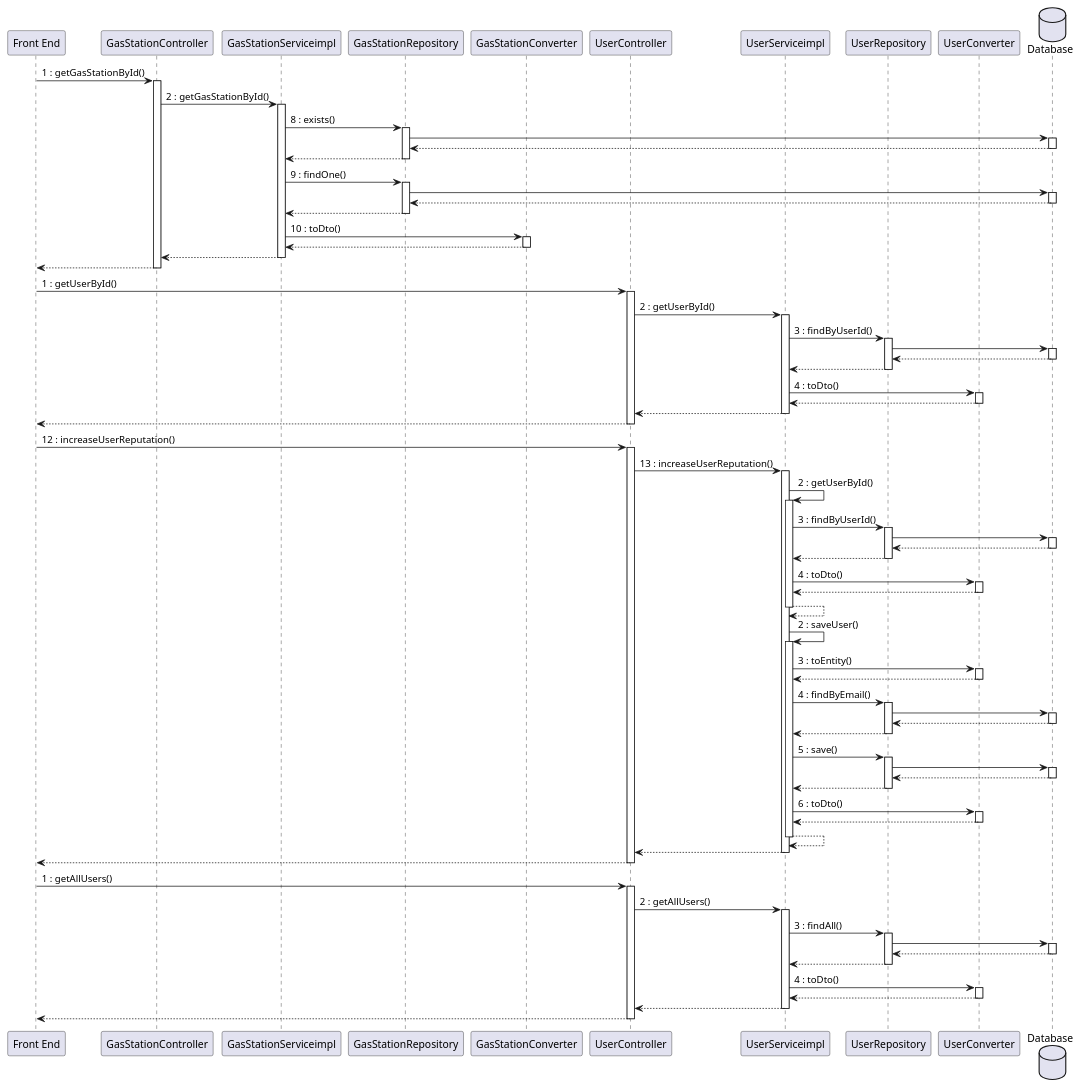
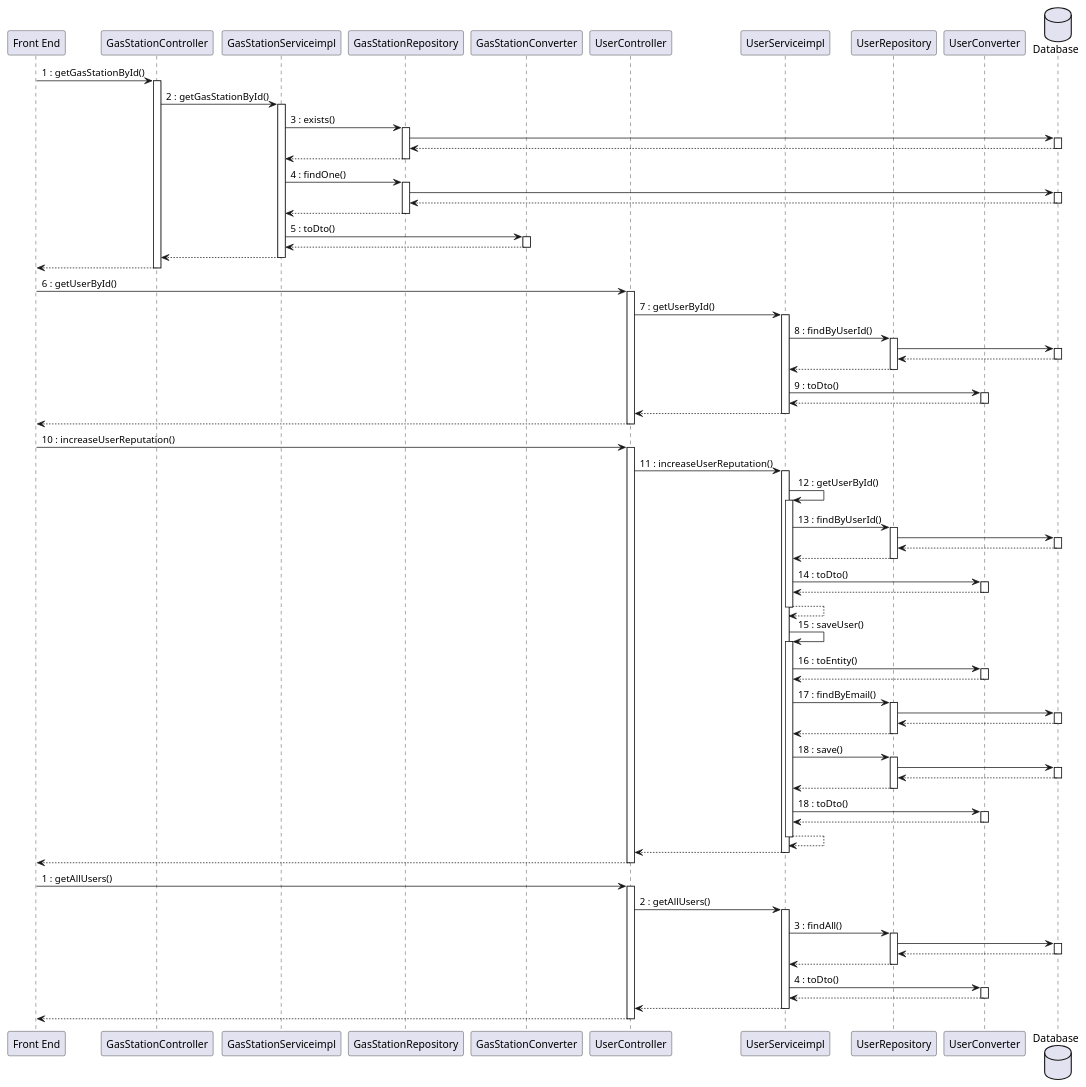
One commit to mosTavassoli/ezgas changed diagram 14 of 15 in docs/DesignDocument.md. Above: the diagram before and after it, drawn with PlantUML.

Commit message:
docs(DesignDocument): fix sequence diagram use case 10.1

```diff
--- a/docs/DesignDocument.md
+++ b/docs/DesignDocument.md
@@ -911,77 +911,77 @@
 GasStationController -> GasStationServiceimpl:2 : getGasStationById()
 
 activate GasStationServiceimpl
-GasStationServiceimpl -> GasStationRepository:8 : exists()
+GasStationServiceimpl -> GasStationRepository:3 : exists()
 activate GasStationRepository
 GasStationRepository -> Database
 activate Database
 return
 return
-GasStationServiceimpl -> GasStationRepository:9 : findOne()
+GasStationServiceimpl -> GasStationRepository:4 : findOne()
 activate GasStationRepository
 GasStationRepository -> Database
 activate Database
 return
 return
-GasStationServiceimpl -> GasStationConverter:10 : toDto()
+GasStationServiceimpl -> GasStationConverter:5 : toDto()
 activate GasStationConverter
 return
 return
 return
 
 
-"Front End" -> UserController:1 : getUserById()
+"Front End" -> UserController:6 : getUserById()
 activate UserController
-UserController -> UserServiceimpl:2 : getUserById()
+UserController -> UserServiceimpl:7 : getUserById()
 activate UserServiceimpl
-UserServiceimpl -> UserRepository:3 : findByUserId()
+UserServiceimpl -> UserRepository:8 : findByUserId()
 activate UserRepository
 UserRepository -> Database
 activate Database
 return
 return
-UserServiceimpl -> UserConverter:4 : toDto()
+UserServiceimpl -> UserConverter:9 : toDto()
 activate UserConverter
 return
 return
 return
 
 
-"Front End" -> UserController:12 : increaseUserReputation()
+"Front End" -> UserController:10 : increaseUserReputation()
 activate UserController
-UserController -> UserServiceimpl:13 : increaseUserReputation()
+UserController -> UserServiceimpl:11 : increaseUserReputation()
 activate UserServiceimpl
-UserServiceimpl -> UserServiceimpl:2 : getUserById()
+UserServiceimpl -> UserServiceimpl:12 : getUserById()
 activate UserServiceimpl
-UserServiceimpl -> UserRepository:3 : findByUserId()
+UserServiceimpl -> UserRepository:13 : findByUserId()
 activate UserRepository
 UserRepository -> Database
 activate Database
 return
 return
-UserServiceimpl -> UserConverter:4 : toDto()
+UserServiceimpl -> UserConverter:14 : toDto()
 activate UserConverter
 return
 return
 
-UserServiceimpl -> UserServiceimpl:2 : saveUser()
+UserServiceimpl -> UserServiceimpl:15 : saveUser()
 activate UserServiceimpl
-UserServiceimpl -> UserConverter:3 : toEntity()
+UserServiceimpl -> UserConverter:16 : toEntity()
 activate UserConverter
 return
-UserServiceimpl -> UserRepository:4 : findByEmail()
+UserServiceimpl -> UserRepository:17 : findByEmail()
 activate UserRepository
 UserRepository -> Database:
 activate Database
 return
 return
-UserServiceimpl -> UserRepository:5 : save()
+UserServiceimpl -> UserRepository:18 : save()
 activate UserRepository
 UserRepository -> Database
 activate Database
 return
 return
-UserServiceimpl -> UserConverter:6 : toDto()
+UserServiceimpl -> UserConverter:18 : toDto()
 activate UserConverter
 return
 return
```
